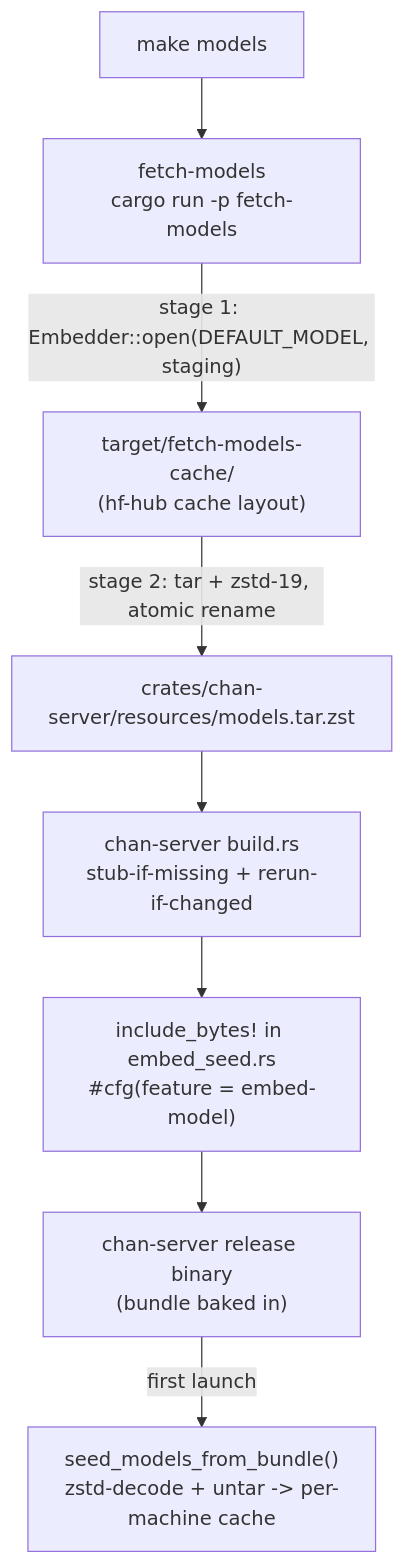
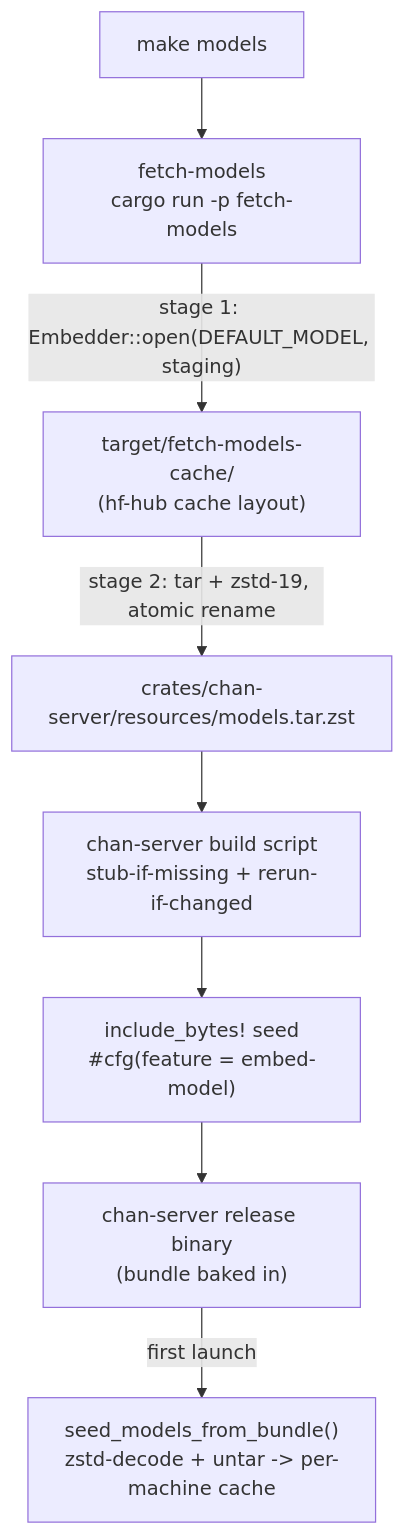
One commit to likewhatevs/chan changed the diagram in crates/fetch-models/design.md. Above: the diagram before and after it, drawn with Mermaid. The commit also changed other lines of this file and 20 other files, not shown here.

````diff
--- a/crates/fetch-models/design.md
+++ b/crates/fetch-models/design.md
@@ -33,10 +35,10 @@
 ```mermaid
 flowchart TB
   Make["make models"] --> Fetch["fetch-models<br/>cargo run -p fetch-models"]
   Fetch -->|"stage 1: Embedder::open(DEFAULT_MODEL, staging)"| Stage["target/fetch-models-cache/<br/>(hf-hub cache layout)"]
   Stage -->|"stage 2: tar + zstd-19, atomic rename"| Bundle["crates/chan-server/resources/models.tar.zst"]
-  Bundle --> Build["chan-server build.rs<br/>stub-if-missing + rerun-if-changed"]
-  Build --> Embed["include_bytes! in embed_seed.rs<br/>#cfg(feature = embed-model)"]
+  Bundle --> Build["chan-server build script<br/>stub-if-missing + rerun-if-changed"]
+  Build --> Embed["include_bytes! seed<br/>#cfg(feature = embed-model)"]
   Embed --> Bin["chan-server release binary<br/>(bundle baked in)"]
   Bin -->|"first launch"| Seed["seed_models_from_bundle()<br/>zstd-decode + untar -> per-machine cache"]
 ```
````
